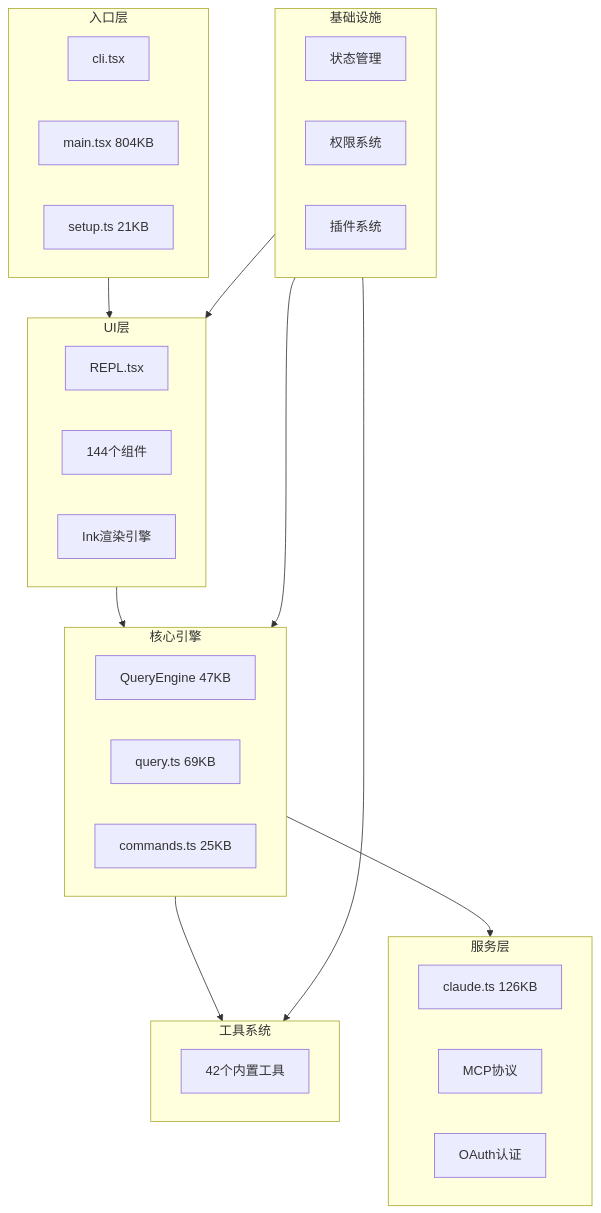
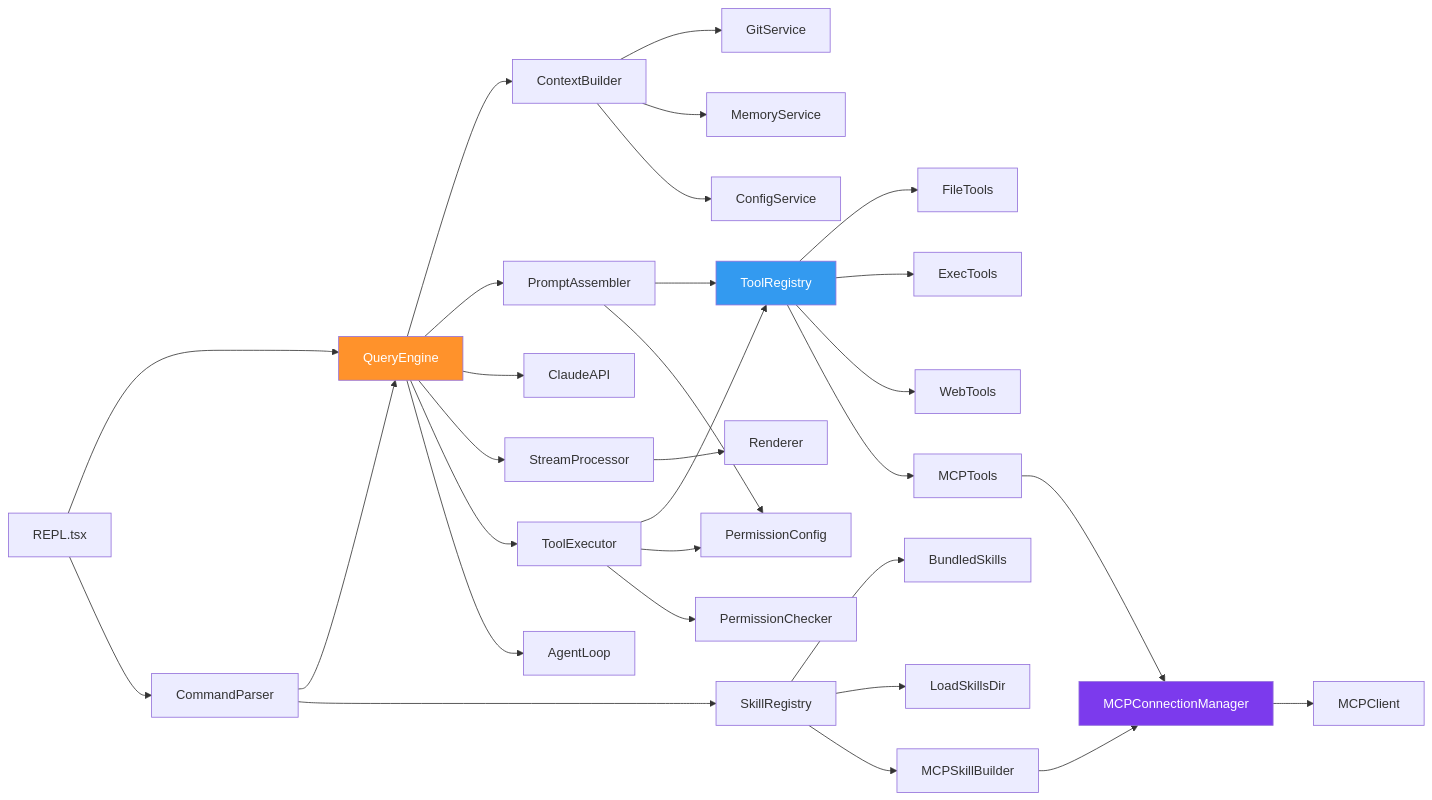
The second of 7 diagrams in claude-code-blog/frontend/src/content/articles/15-architecture-diagrams.md (cat-coco/claude-code-haha), drawn with Mermaid before and after one commit. The commit also changed other lines of this file, not shown here.

First line of the commit message:
docs: enhance architecture diagrams article with 7 detailed mermaid diagrams

````diff
--- a/claude-code-blog/frontend/src/content/articles/15-architecture-diagrams.md
+++ b/claude-code-blog/frontend/src/content/articles/15-architecture-diagrams.md
@@ -9,35 +91,44 @@
 ```mermaid
-graph TB
-    subgraph Entry["入口层"]
-        CLI["cli.tsx"]
-        MAIN["main.tsx 804KB"]
-        SETUP["setup.ts 21KB"]
-    end
-    subgraph UI["UI层"]
-        REPL["REPL.tsx"]
-        COMP["144个组件"]
-        INK["Ink渲染引擎"]
-    end
-    subgraph Core["核心引擎"]
-        QE["QueryEngine 47KB"]
-        QP["query.ts 69KB"]
-        CMD["commands.ts 25KB"]
-    end
-    subgraph Tools["工具系统"]
-        T42["42个内置工具"]
-    end
-    subgraph Services["服务层"]
-        API["claude.ts 126KB"]
-        MCP["MCP协议"]
-        AUTH["OAuth认证"]
-    end
-    subgraph Infra["基础设施"]
-        STATE["状态管理"]
-        PERM["权限系统"]
-        PLUGIN["插件系统"]
-    end
+graph LR
+    REPL["REPL.tsx"] --> QE["QueryEngine"]
+    REPL --> CMD["CommandParser"]
+    CMD --> QE
+    CMD --> SR["SkillRegistry"]
 
-    Entry --> UI --> Core --> Tools
-    Core --> Services
-    Infra --> UI & Core & Tools
+    QE --> CTX["ContextBuilder"]
+    QE --> PA["PromptAssembler"]
+    QE --> API["ClaudeAPI"]
+    QE --> SP["StreamProcessor"]
+    QE --> TE["ToolExecutor"]
+    QE --> AL["AgentLoop"]
+
+    CTX --> GIT["GitService"]
+    CTX --> MEM["MemoryService"]
+    CTX --> CFG["ConfigService"]
+
+    PA --> TR["ToolRegistry"]
+    PA --> PERM["PermissionConfig"]
+
+    TE --> TR
+    TE --> PERM
+    TE --> PC["PermissionChecker"]
+
+    SP --> RENDER["Renderer"]
+
+    TR --> FT["FileTools"]
+    TR --> ET["ExecTools"]
+    TR --> WT["WebTools"]
+    TR --> MCPT["MCPTools"]
+
+    MCPT --> MCM["MCPConnectionManager"]
+    MCM --> MCPC["MCPClient"]
+
+    SR --> BS["BundledSkills"]
+    SR --> LD["LoadSkillsDir"]
+    SR --> MSB["MCPSkillBuilder"]
+    MSB --> MCM
+
+    style QE fill:#ff922b,color:#fff
+    style TR fill:#339af0,color:#fff
+    style MCM fill:#7c3aed,color:#fff
 ```
````
